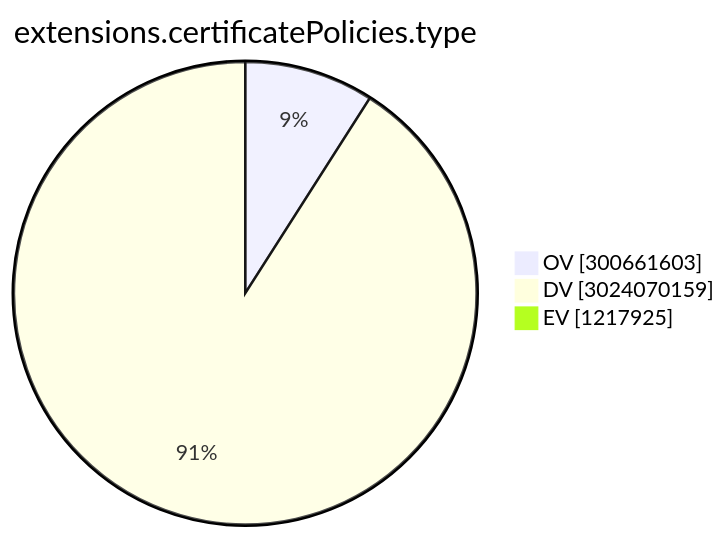
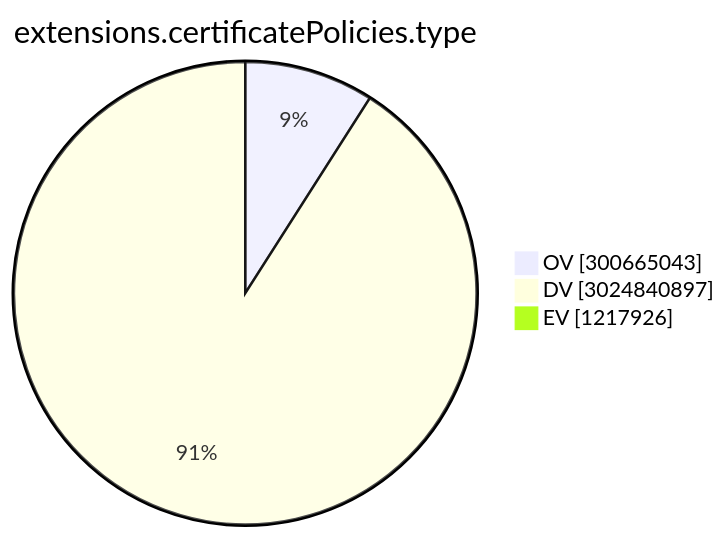
Before and after one commit to christiankrug/ctmonitor_visualization: the ninth of 15 diagrams in TOTAL/README.md, drawn with Mermaid. The commit also changed other lines of this file, not shown here.

````diff
--- a/TOTAL/README.md
+++ b/TOTAL/README.md
@@ -3102,7 +3102,7 @@
 ```mermaid
 pie showData
 title extensions.certificatePolicies.type
-"OV" :300661603
-"DV" :3024070159
-"EV" :1217925
+"OV" :300665043
+"DV" :3024840897
+"EV" :1217926
 ```
````
